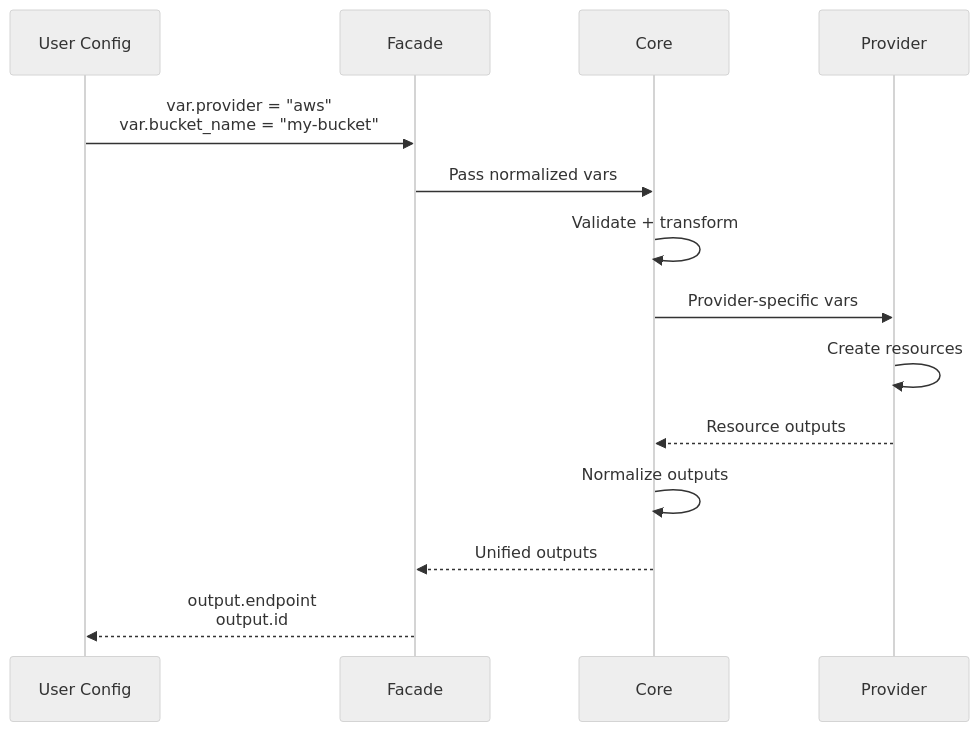
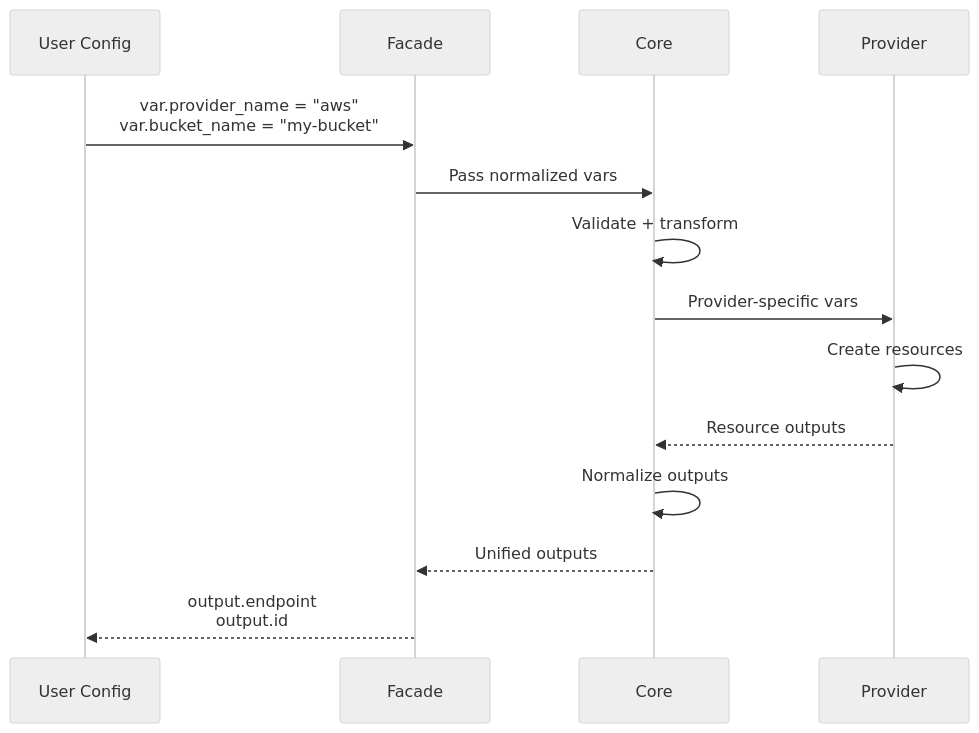
Before and after one commit to sweengineeringlabs/swe-cloud: the fourth of 10 diagrams in iac/doc/3-design/terraform-flow-diagrams.md, drawn with Mermaid (neutral theme). The commit also changed 45 other files, not shown here.

````diff
--- a/iac/doc/3-design/terraform-flow-diagrams.md
+++ b/iac/doc/3-design/terraform-flow-diagrams.md
@@ -87,17 +87,17 @@
 ```mermaid
 sequenceDiagram
     participant User as User Config
     participant Facade
     participant Core
     participant Provider
     
-    User->>Facade: var.provider = "aws"<br/>var.bucket_name = "my-bucket"
+    User->>Facade: var.provider_name = "aws"<br/>var.bucket_name = "my-bucket"
     Facade->>Core: Pass normalized vars
     Core->>Core: Validate + transform
     Core->>Provider: Provider-specific vars
     Provider->>Provider: Create resources
     Provider-->>Core: Resource outputs
     Core->>Core: Normalize outputs
     Core-->>Facade: Unified outputs
     Facade-->>User: output.endpoint<br/>output.id
 ```
````
